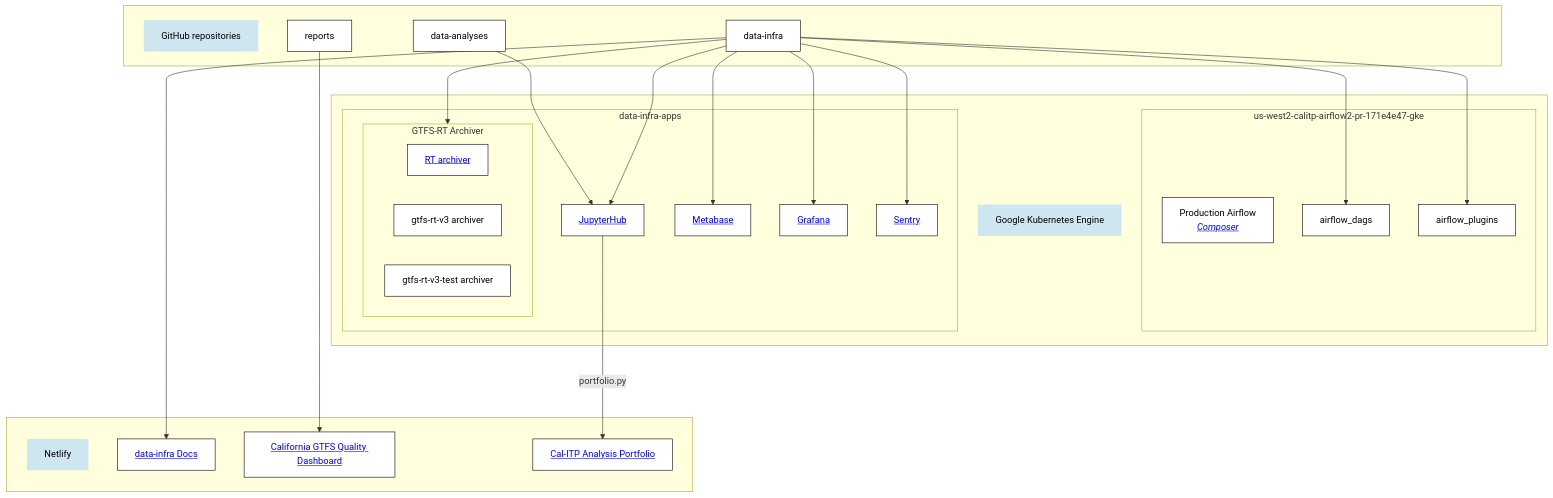
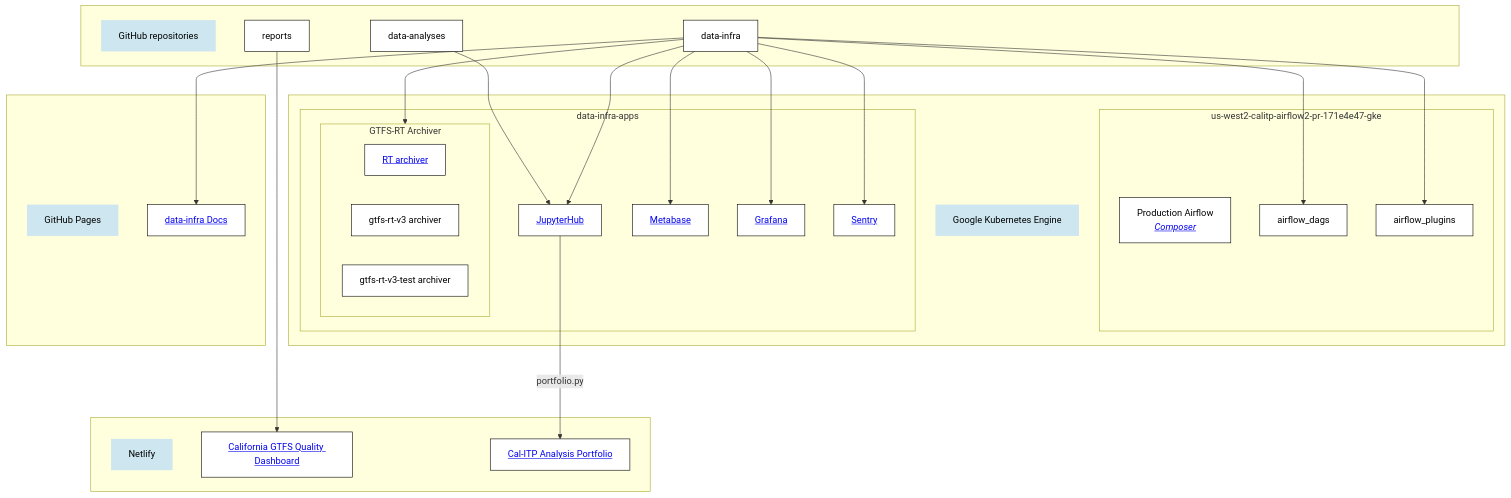
Before and after one commit to cal-itp/data-infra: the diagram in docs/architecture/services.md, drawn with Mermaid.

Commit message:
Update documented deployment location for docs.calitp.org

````diff
--- a/docs/architecture/services.md
+++ b/docs/architecture/services.md
@@ -26,53 +26,57 @@
 ```{mermaid}
 flowchart TD
 %% note that you seemingly cannot have a subgraph that only contains other subgraphs
 %% so I am using "label" nodes to make sure each subgraph has at least one direct child
     subgraph repos[ ]
         repos_label[GitHub repositories]
         data_infra_repo[data-infra]
         data_analyses_repo[data-analyses]
         reports_repo[reports]
     end
     subgraph kubernetes[ ]
         kubernetes_label[Google Kubernetes Engine]
         subgraph airflow[us-west2-calitp-airflow2-pr-171e4e47-gke]
             airflow_label[Production Airflow <br><i><a href='https://console.cloud.google.com/composer/environments?project=cal-itp-data-infra&supportedpurview=project'>Composer</a></i>]
             airflow_dags
             airflow_plugins
         end
         subgraph data_infra_apps_cluster[data-infra-apps]
             subgraph rt_archiver[GTFS-RT Archiver]
                 rt_archiver_label[<a href='https://github.com/cal-itp/data-infra/tree/main/services/gtfs-rt-archiver-v3'>RT archiver</a>]
                 prod_rt_archiver[gtfs-rt-v3 archiver]
                 test_rt_archiver[gtfs-rt-v3-test archiver]
             end
             jupyterhub[<a href='https://notebooks.calitp.org'>JupyterHub</a>]
             metabase[<a href='https://dashboards.calitp.org'>Metabase</a>]
             grafana[<a href='https://monitoring.calitp.org'>Grafana</a>]
             sentry[<a href='https://sentry.calitp.org'>Sentry</a>]
         end
     end
 
     subgraph netlify[ ]
         netlify_label[Netlify]
-        data_infra_docs[<a href='https://docs.calitp.org/data-infra'>data-infra Docs</a>]
         reports_website[<a href='https://reports.calitp.org'>California GTFS Quality Dashboard</a>]
         analysis_portfolio[<a href='https://analysis.calitp.org'>Cal-ITP Analysis Portfolio</a>]
+    end
+
+    subgraph github_pages[ ]
+        github_pages_label[GitHub Pages]
+        data_infra_docs[<a href='https://docs.calitp.org/data-infra'>data-infra Docs</a>]
     end
 
 data_infra_repo --> airflow_dags
 data_infra_repo --> airflow_plugins
 data_infra_repo --> rt_archiver
 data_infra_repo --> jupyterhub
 data_infra_repo --> metabase
 data_infra_repo --> grafana
 data_infra_repo --> sentry
 
 data_infra_repo --> data_infra_docs
 data_analyses_repo --> jupyterhub --->|portfolio.py| analysis_portfolio
 reports_repo --> reports_website
 
 classDef default fill:white, color:black, stroke:black, stroke-width:1px
 classDef group_labelstyle fill:#cde6ef, color:black, stroke-width:0px
-class repos_label,kubernetes_label,netlify_label group_labelstyle
+class repos_label,kubernetes_label,netlify_label,github_pages_label group_labelstyle
 ```
````
